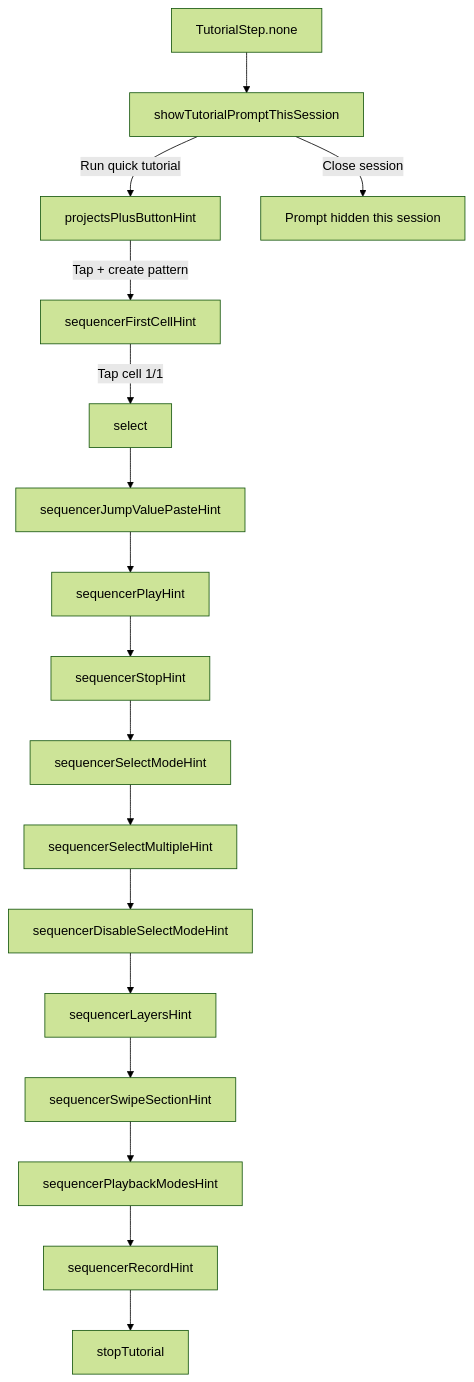
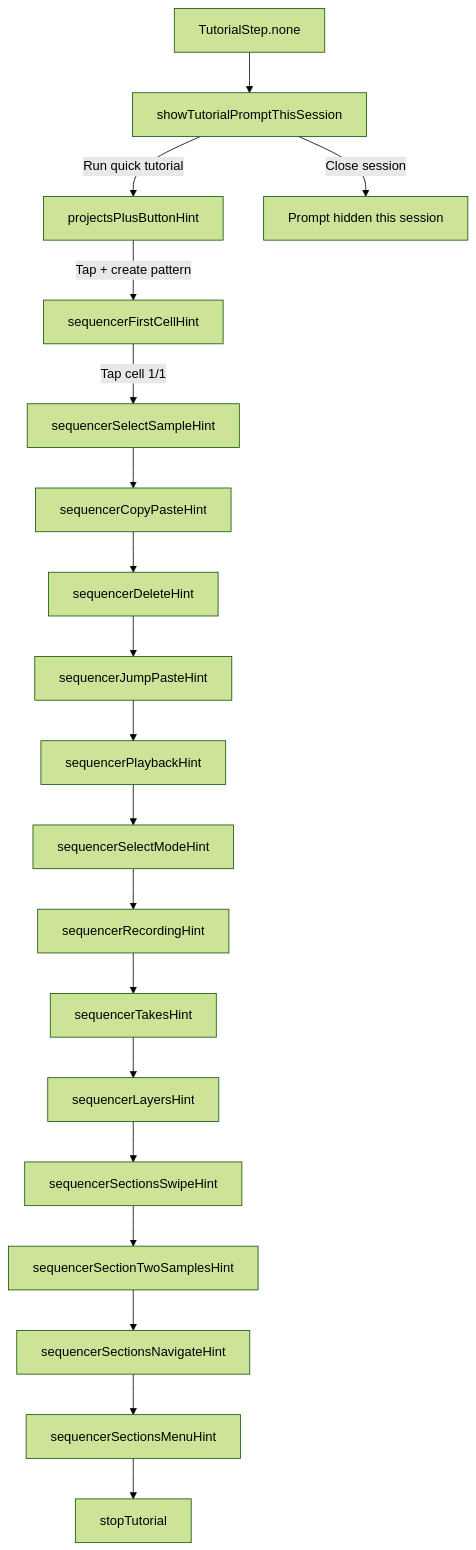
Before and after one commit to luddite478/HypnoPitch: the first of 2 diagrams in app/docs/user_flow/first_launch_tutorial.md, drawn with Mermaid (forest theme). The commit also changed other lines of this file and 58 other files, not shown here.

````diff
--- a/app/docs/user_flow/first_launch_tutorial.md
+++ b/app/docs/user_flow/first_launch_tutorial.md
@@ -31,26 +30,30 @@
 ```mermaid
 flowchart TD
   none[TutorialStep.none]
   prompt[showTutorialPromptThisSession]
   plus[projectsPlusButtonHint]
   cell[sequencerFirstCellHint]
-  jumpVal[sequencerJumpValuePasteHint]
-  play[sequencerPlayHint]
-  stop[sequencerStopHint]
+  select[sequencerSelectSampleHint]
+  copyPaste[sequencerCopyPasteHint]
+  deleteStep[sequencerDeleteHint]
+  jumpPaste[sequencerJumpPasteHint]
+  playback[sequencerPlaybackHint]
   selectMode[sequencerSelectModeHint]
-  selectMulti[sequencerSelectMultipleHint]
-  selectOff[sequencerDisableSelectModeHint]
   layers[sequencerLayersHint]
-  swipe[sequencerSwipeSectionHint]
-  playback[sequencerPlaybackModesHint]
-  record[sequencerRecordHint]
+  recording[sequencerRecordingHint]
+  takes[sequencerTakesHint]
+  secSwipe[sequencerSectionsSwipeHint]
+  secSamples[sequencerSectionTwoSamplesHint]
+  secNav[sequencerSectionsNavigateHint]
+  secMenu[sequencerSectionsMenuHint]
 
   none --> prompt
   prompt -->|"Run quick tutorial"| plus
   prompt -->|"Close session"| noneHide[Prompt hidden this session]
   plus -->|"Tap + create pattern"| cell
   cell -->|"Tap cell 1/1"| select
-  select --> jumpVal
-  jumpVal --> play --> stop --> selectMode --> selectMulti --> selectOff
-  selectOff --> layers --> swipe --> playback --> record --> endFlow[stopTutorial]
+  select --> copyPaste --> deleteStep --> jumpPaste
+  jumpPaste --> playback --> selectMode --> recording --> takes --> layers
+  secSwipe --> secSamples --> secNav --> secMenu --> endFlow[stopTutorial]
+  layers --> secSwipe
 ```
````
